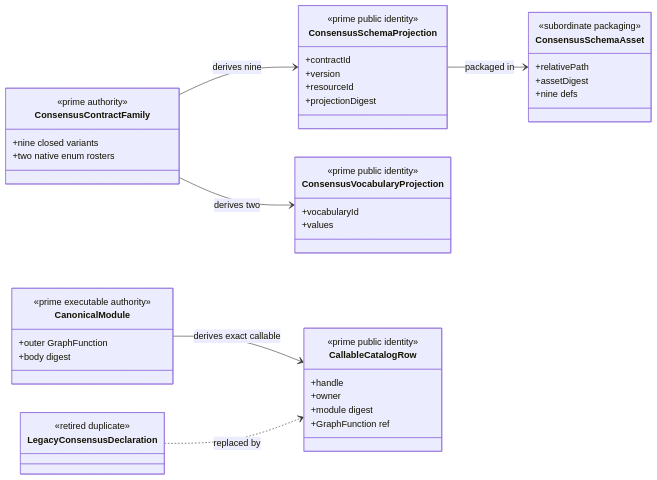
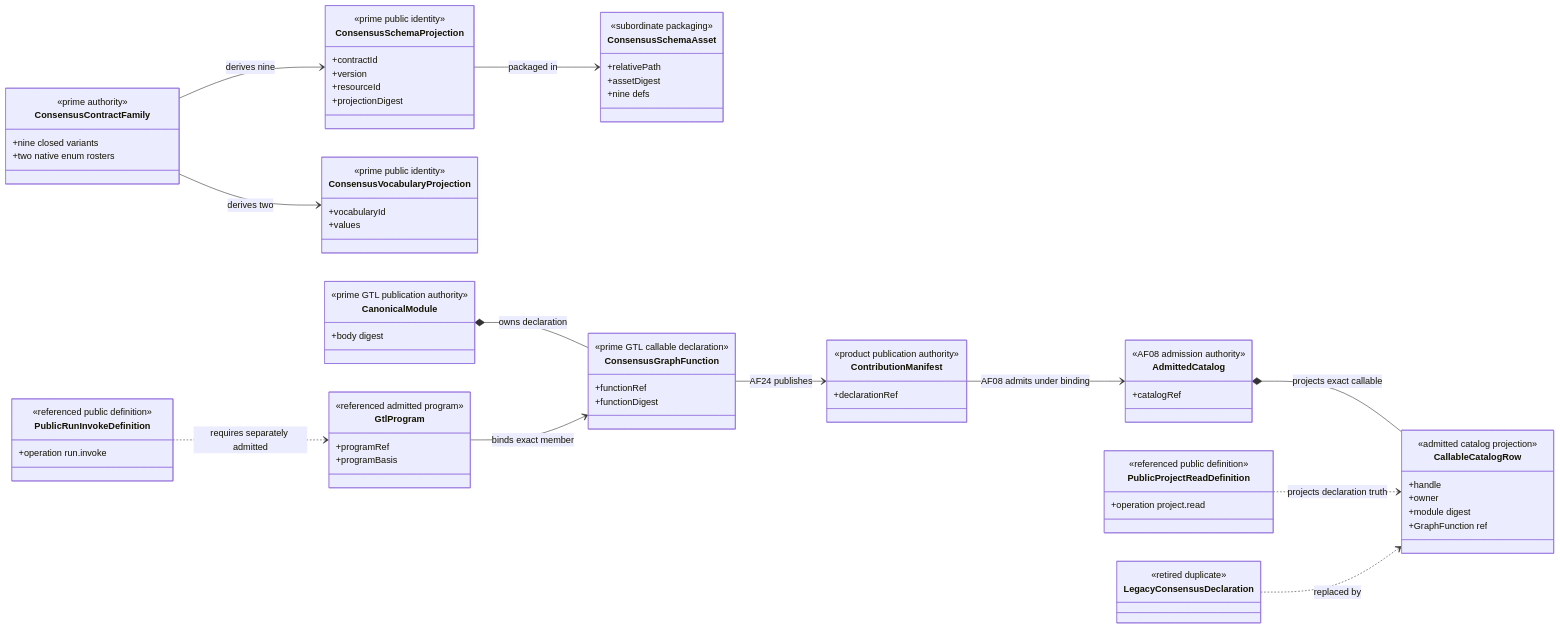
Before and after one commit to foolishimp/abiogenesis: the first of 3 diagrams in build_tenants/abiogenesis/typescript/design/M02_M04_CONSENSUS_PUBLICATION_PRIME_CONTRACTION_BEHAVIOR_DESIGN.md, drawn with Mermaid. The commit also changed other lines of this file and 7 other files, not shown here.

Commit message:
design(a5): reconcile invocation and publication authority

````diff
--- a/build_tenants/abiogenesis/typescript/design/M02_M04_CONSENSUS_PUBLICATION_PRIME_CONTRACTION_BEHAVIOR_DESIGN.md
+++ b/build_tenants/abiogenesis/typescript/design/M02_M04_CONSENSUS_PUBLICATION_PRIME_CONTRACTION_BEHAVIOR_DESIGN.md
@@ -128,48 +184,79 @@
 ```mermaid
 classDiagram
   direction LR
   class ConsensusContractFamily {
     <<prime authority>>
     +nine closed variants
     +two native enum rosters
   }
   class ConsensusSchemaProjection {
     <<prime public identity>>
     +contractId
     +version
     +resourceId
     +projectionDigest
   }
   class ConsensusSchemaAsset {
     <<subordinate packaging>>
     +relativePath
     +assetDigest
     +nine defs
   }
   class ConsensusVocabularyProjection {
     <<prime public identity>>
     +vocabularyId
     +values
   }
   class CanonicalModule {
-    <<prime executable authority>>
-    +outer GraphFunction
+    <<prime GTL publication authority>>
     +body digest
   }
+  class ConsensusGraphFunction {
+    <<prime GTL callable declaration>>
+    +functionRef
+    +functionDigest
+  }
+  class ContributionManifest {
+    <<product publication authority>>
+    +declarationRef
+  }
+  class AdmittedCatalog {
+    <<AF08 admission authority>>
+    +catalogRef
+  }
+  class GtlProgram {
+    <<referenced admitted program>>
+    +programRef
+    +programBasis
+  }
+  class PublicRunInvokeDefinition {
+    <<referenced public definition>>
+    +operation run.invoke
+  }
+  class PublicProjectReadDefinition {
+    <<referenced public definition>>
+    +operation project.read
+  }
   class CallableCatalogRow {
-    <<prime public identity>>
+    <<admitted catalog projection>>
     +handle
     +owner
     +module digest
     +GraphFunction ref
   }
   class LegacyConsensusDeclaration {
     <<retired duplicate>>
   }
 
   ConsensusContractFamily --> ConsensusSchemaProjection : derives nine
   ConsensusContractFamily --> ConsensusVocabularyProjection : derives two
   ConsensusSchemaProjection --> ConsensusSchemaAsset : packaged in
-  CanonicalModule --> CallableCatalogRow : derives exact callable
+  CanonicalModule *-- ConsensusGraphFunction : owns declaration
+  ConsensusGraphFunction --> ContributionManifest : AF24 publishes
+  ContributionManifest --> AdmittedCatalog : AF08 admits under binding
+  AdmittedCatalog *-- CallableCatalogRow : projects exact callable
+  GtlProgram --> ConsensusGraphFunction : binds exact member
+  PublicRunInvokeDefinition ..> GtlProgram : requires separately admitted
+  PublicProjectReadDefinition ..> CallableCatalogRow : projects declaration truth
   LegacyConsensusDeclaration ..> CallableCatalogRow : replaced by
 ```
````
